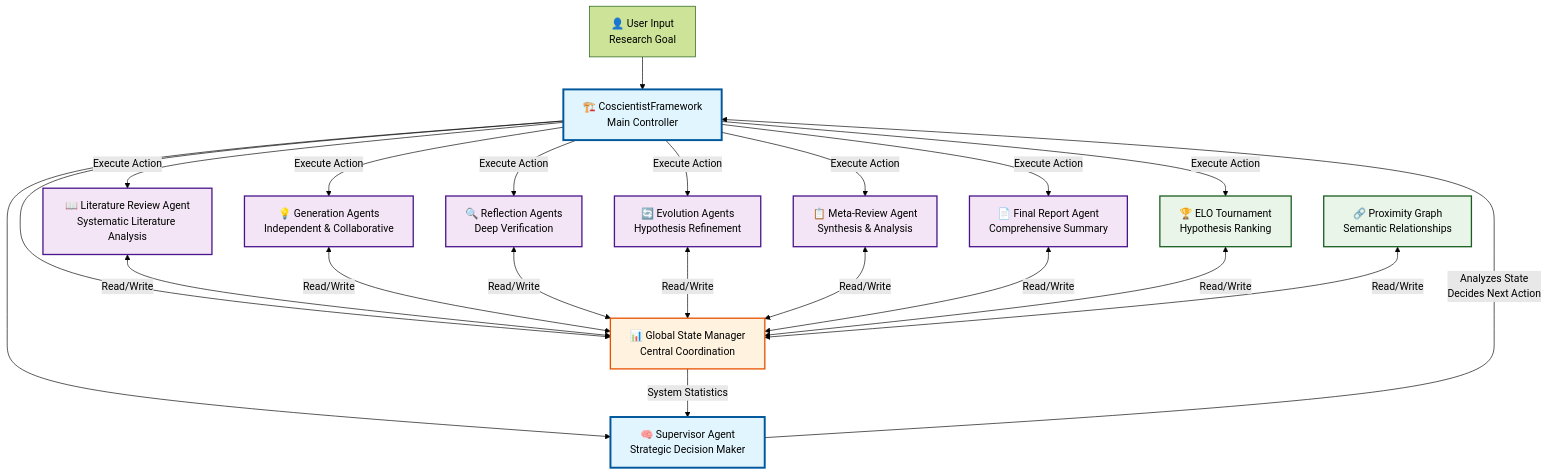
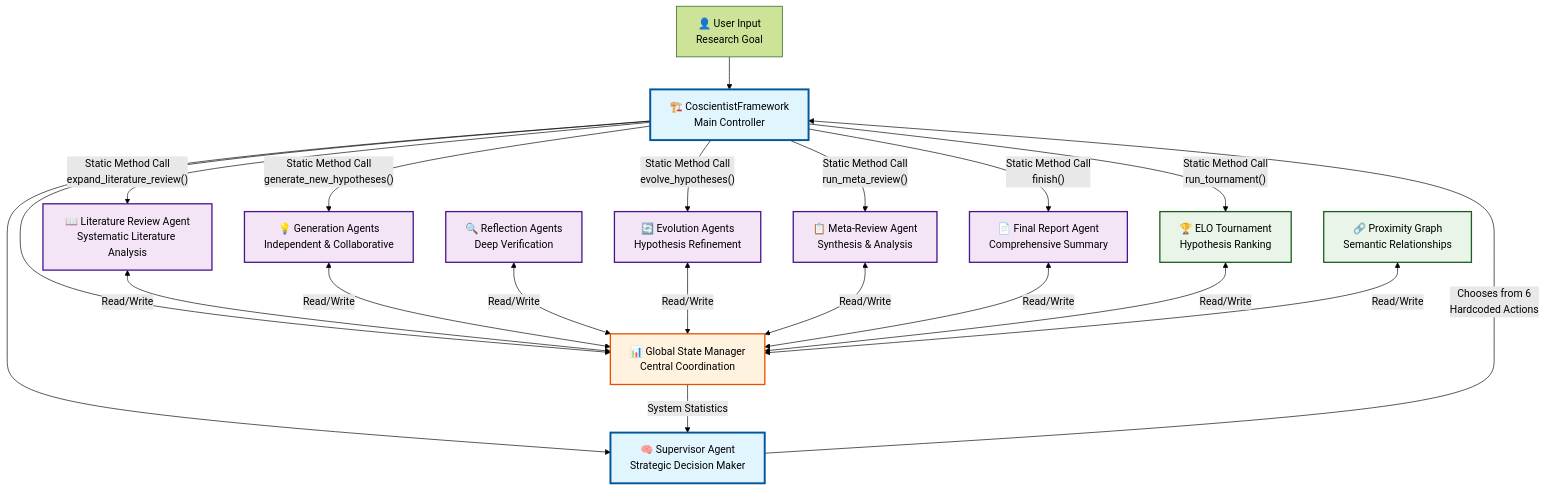
Before and after one commit to kedarkolluri-tw/open-coscientist: the diagram in docs/architecture/AGENT_COMMUNICATION_DIAGRAM.md, drawn with Mermaid (forest theme). The commit also changed other lines of this file and 1 other file, not shown here.

Commit message:
Expose critical architectural limitation: Hardcoded workflow vs dynamic orchestration
MAJOR FINDING: The system does NOT have true multi-agent orchestration.

- Supervisor agent only chooses from 6 hardcoded actions (generate_new_hypotheses, evolve_hypotheses, etc.)
- Framework executes using static method calls: await getattr(self, action)()
- No dynamic workflow creation or agent composition
- No adaptive strategies or conditional workflows
- No agent discovery or registration at runtime

This explains why no successful reports have been generated:
- Rigid workflow doesn't adapt to research needs
- Hardcoded execution paths fail easily
- Cannot create novel research strategies
- Limited scalability for complex research processes

Updated diagram to show hardcoded workflow execution with static method calls.
Added comprehensive analysis of what true dynamic orchestration would require.

This is a fundamental architectural limitation that prevents the system
from being a true multi-agent orchestration platform.

````diff
--- a/docs/architecture/AGENT_COMMUNICATION_DIAGRAM.md
+++ b/docs/architecture/AGENT_COMMUNICATION_DIAGRAM.md
@@ -5,63 +5,62 @@
 ```mermaid
 graph TB
     %% User Input
     USER[👤 User Input<br/>Research Goal]
     
     %% Main Orchestration
     FRAMEWORK[🏗️ CoscientistFramework<br/>Main Controller]
     SUPERVISOR[🧠 Supervisor Agent<br/>Strategic Decision Maker]
     
     %% Global State
     STATE[📊 Global State Manager<br/>Central Coordination]
     
     %% Core Research Agents
     LIT_REVIEW[📖 Literature Review Agent<br/>Systematic Literature Analysis]
     GENERATION[💡 Generation Agents<br/>Independent & Collaborative]
     REFLECTION[🔍 Reflection Agents<br/>Deep Verification]
     EVOLUTION[🔄 Evolution Agents<br/>Hypothesis Refinement]
     META_REVIEW[📋 Meta-Review Agent<br/>Synthesis & Analysis]
     FINAL_REPORT[📄 Final Report Agent<br/>Comprehensive Summary]
     
     %% Supporting Systems
     TOURNAMENT[🏆 ELO Tournament<br/>Hypothesis Ranking]
     PROXIMITY[🔗 Proximity Graph<br/>Semantic Relationships]
     
     %% Main Flow
     USER --> FRAMEWORK
     FRAMEWORK --> STATE
     FRAMEWORK --> SUPERVISOR
     
-    %% Supervisor Decision Loop
-    SUPERVISOR -->|"Analyzes State<br/>Decides Next Action"| FRAMEWORK
-    FRAMEWORK -->|"Execute Action"| LIT_REVIEW
-    FRAMEWORK -->|"Execute Action"| GENERATION
-    FRAMEWORK -->|"Execute Action"| REFLECTION
-    FRAMEWORK -->|"Execute Action"| EVOLUTION
-    FRAMEWORK -->|"Execute Action"| TOURNAMENT
-    FRAMEWORK -->|"Execute Action"| META_REVIEW
-    FRAMEWORK -->|"Execute Action"| FINAL_REPORT
+    %% Hardcoded Workflow Execution
+    SUPERVISOR -->|"Chooses from 6<br/>Hardcoded Actions"| FRAMEWORK
+    FRAMEWORK -->|"Static Method Call<br/>generate_new_hypotheses()"| GENERATION
+    FRAMEWORK -->|"Static Method Call<br/>evolve_hypotheses()"| EVOLUTION
+    FRAMEWORK -->|"Static Method Call<br/>run_tournament()"| TOURNAMENT
+    FRAMEWORK -->|"Static Method Call<br/>run_meta_review()"| META_REVIEW
+    FRAMEWORK -->|"Static Method Call<br/>expand_literature_review()"| LIT_REVIEW
+    FRAMEWORK -->|"Static Method Call<br/>finish()"| FINAL_REPORT
     
     %% State Communication (All agents read/write to state)
     LIT_REVIEW <-->|"Read/Write"| STATE
     GENERATION <-->|"Read/Write"| STATE
     REFLECTION <-->|"Read/Write"| STATE
     EVOLUTION <-->|"Read/Write"| STATE
     META_REVIEW <-->|"Read/Write"| STATE
     FINAL_REPORT <-->|"Read/Write"| STATE
     TOURNAMENT <-->|"Read/Write"| STATE
     PROXIMITY <-->|"Read/Write"| STATE
     
     %% Supervisor reads state for decisions
     STATE -->|"System Statistics"| SUPERVISOR
     
     %% Styling
     classDef mainAgent fill:#e1f5fe,stroke:#01579b,stroke-width:3px
     classDef researchAgent fill:#f3e5f5,stroke:#4a148c,stroke-width:2px
     classDef supportAgent fill:#e8f5e8,stroke:#1b5e20,stroke-width:2px
     classDef stateAgent fill:#fff3e0,stroke:#e65100,stroke-width:2px
     
     class FRAMEWORK,SUPERVISOR mainAgent
     class LIT_REVIEW,GENERATION,REFLECTION,EVOLUTION,META_REVIEW,FINAL_REPORT researchAgent
     class TOURNAMENT,PROXIMITY supportAgent
     class STATE stateAgent
 ```
````
